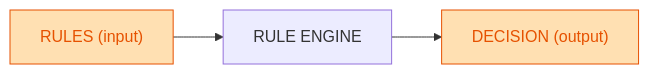
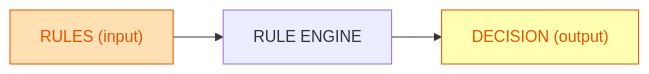
Before and after one commit to inskillflow/Travailler-en-IA-ecosysteme-et-opportunites: the first of 3 diagrams in sdsd.md, drawn with Mermaid.

````diff
--- a/sdsd.md
+++ b/sdsd.md
@@ -4,10 +4,10 @@
 ```mermaid
 flowchart LR
   RULES["RULES (input)"] --> ENGINE["RULE ENGINE"] --> DEC["DECISION (output)"];
 
   classDef input fill:#ffe0b2,stroke:#e65100,stroke-width:1px,color:#e65100;
-  classDef output fill:#ffe0b2,stroke:#e65100,stroke-width:1px,color:#e65100;
+  classDef output fill:#ffffb2,stroke:#e65100,stroke-width:1px,color:#e65100;
 
   class RULES input;
   class DEC output;
 ```
````
